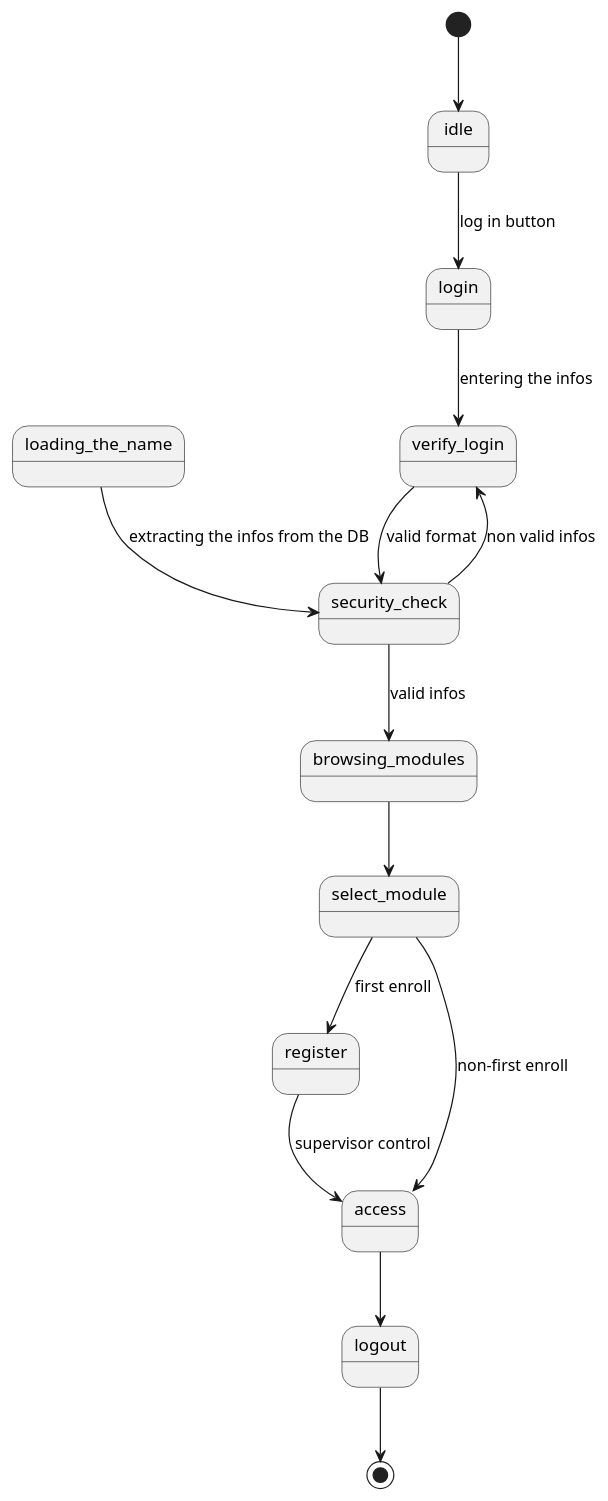
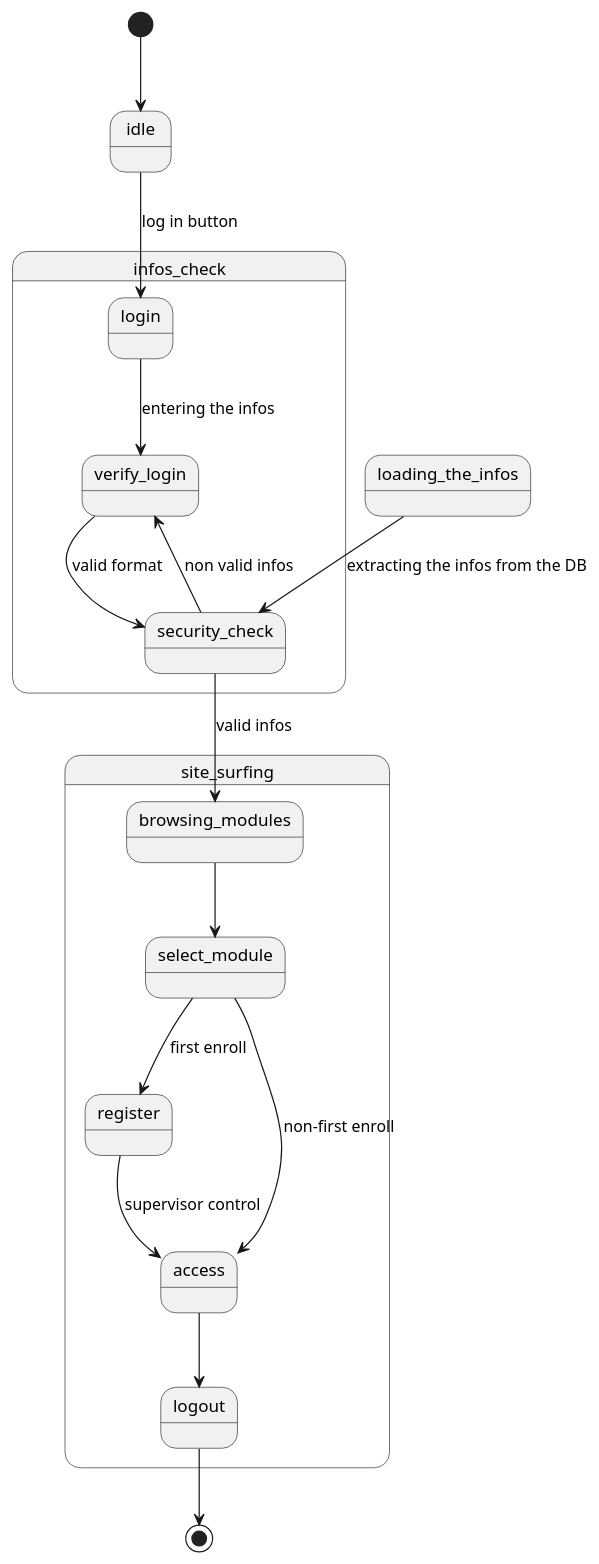
Before and after one commit to kingussopp/N8V37: the diagram in classes/state.puml, drawn with PlantUML.

Commit message:
docs: :memo: update the state diagram

```diff
--- a/classes/state.puml
+++ b/classes/state.puml
@@ -1,19 +1,28 @@
 @startuml state
-state idle{
-
+state infos_check{
+    state login
+    state verify_login
+    state security_check
+}
+state site_surfing{
+    state browsing_modules
+    state select_module
+    state register
+    state logout
+    state access
 }
 [*] --> idle
 idle --> login : log in button
 login --> verify_login : entering the infos
 verify_login --> security_check : valid format
 security_check --> verify_login : non valid infos
-loading_the_name --> security_check : extracting the infos from the DB
+loading_the_infos --> security_check : extracting the infos from the DB
 security_check --> browsing_modules : valid infos
 browsing_modules --> select_module
 select_module --> register : first enroll
 register --> access : supervisor control
 select_module --> access : non-first enroll
 access --> logout
 logout --> [*]
 
 @enduml
```
